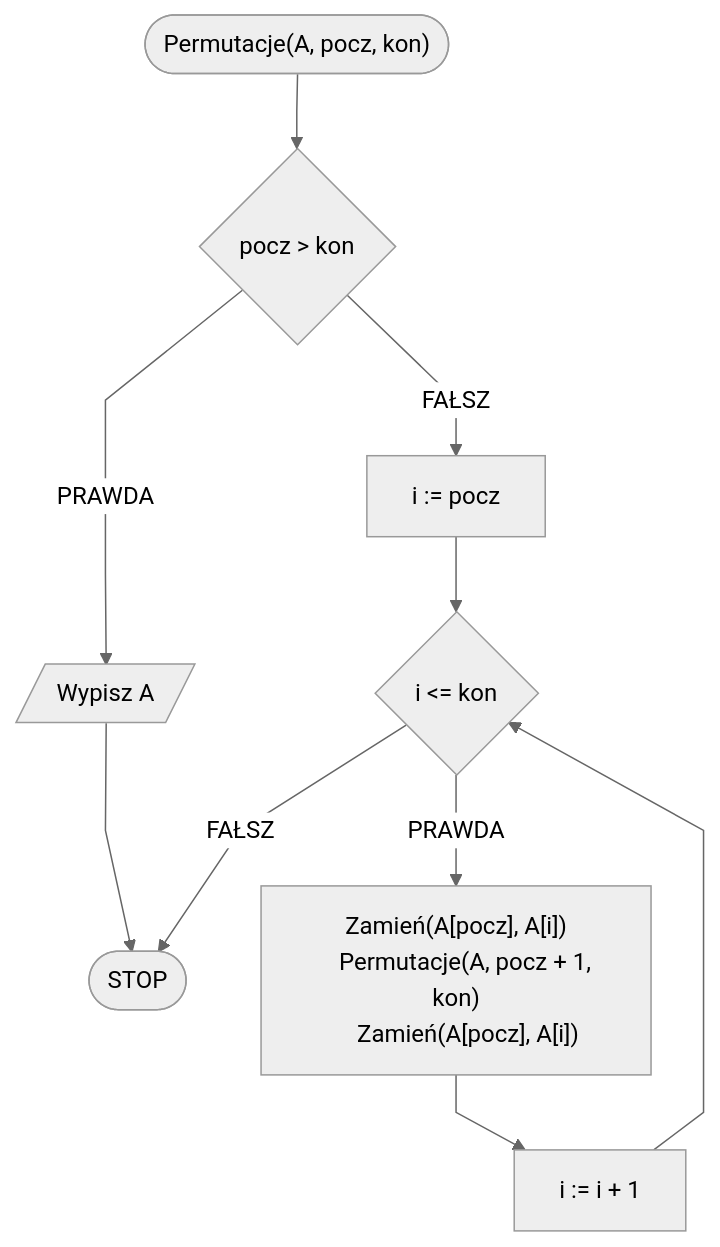
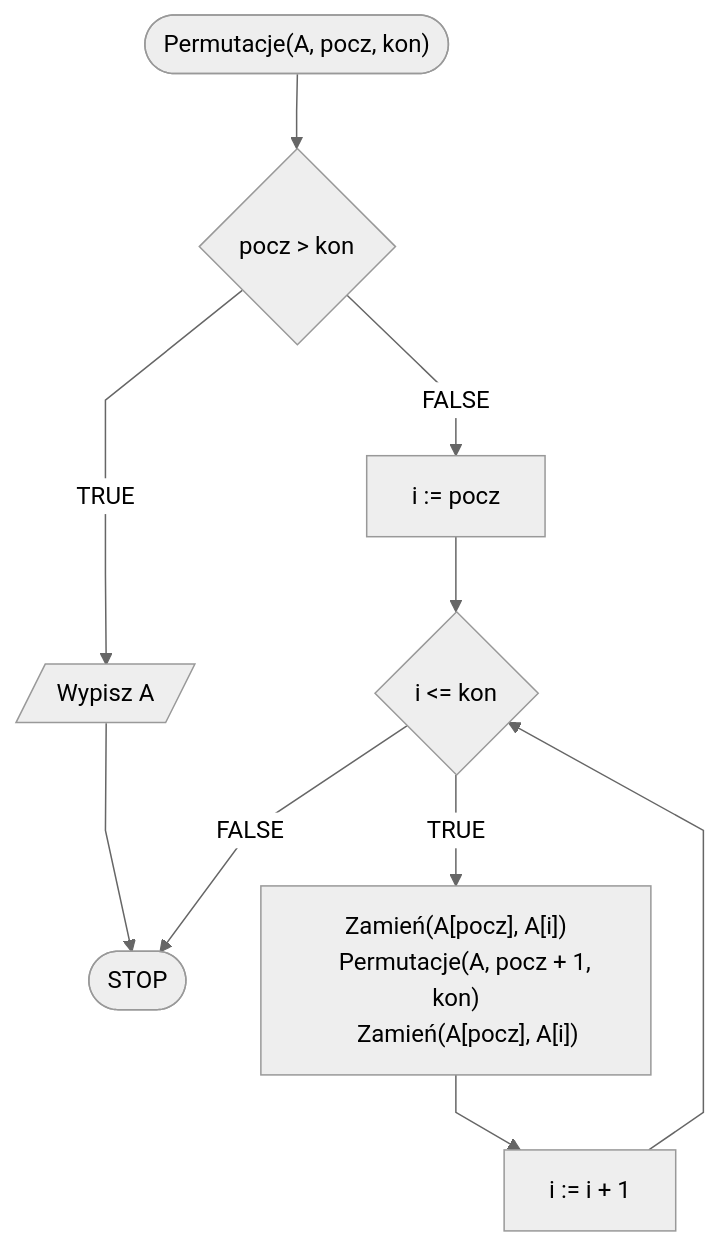
One commit to blackbat13/edu-cs-htiew-en changed the diagram in docs/algorithms/backtracking/permutations.md. Above: the diagram before and after it, drawn with Mermaid. The commit also changed other lines of this file and 682 other files, not shown here.

````diff
--- a/docs/algorithms/backtracking/permutations.md
+++ b/docs/algorithms/backtracking/permutations.md
@@ -38,15 +38,15 @@
 ```mermaid
 %%{init: {"flowchart": {"curve": "linear"}, "theme": "neutral"} }%%
 flowchart TD
     START(["Permutacje(A, pocz, kon)"]) --> K1{pocz > kon}
-    K1 -- PRAWDA --> K2[/Wypisz A/]
+    K1 -- TRUE --> K2[/Wypisz A/]
     K2 --> STOP([STOP])
-    K1 -- FAŁSZ --> K4p[i := pocz]
+    K1 -- FALSE --> K4p[i := pocz]
     K4p --> K4{i <= kon}
-    K4 -- PRAWDA --> K5["Zamień(A[pocz], A[i])
+    K4 -- TRUE --> K5["Zamień(A[pocz], A[i])
     Permutacje(A, pocz + 1, kon)
     Zamień(A[pocz], A[i])"]
     K5 --> K4i[i := i + 1]
     K4i --> K4
-    K4 -- FAŁSZ --> STOP
+    K4 -- FALSE --> STOP
 ```
````
